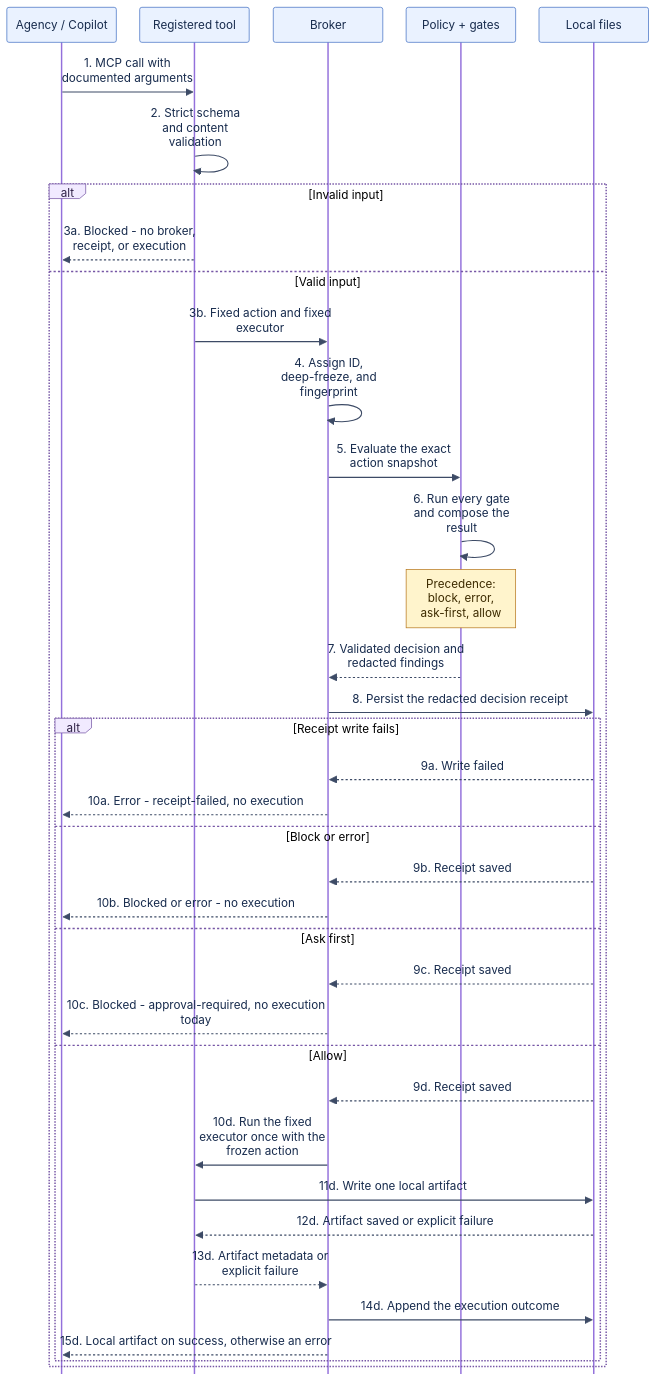
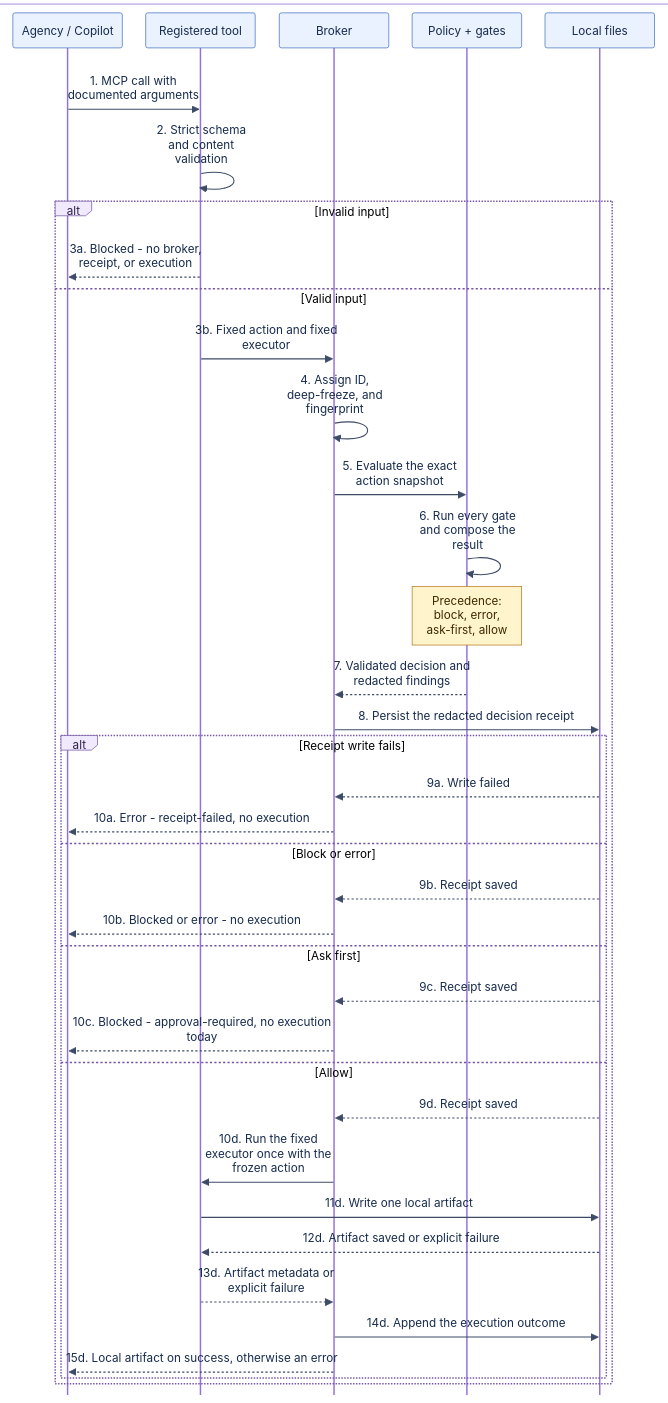
One commit to debchoudhury-id4s/agent-airlock changed the fifth of 5 diagrams in README.md. Above: the diagram before and after it, drawn with Mermaid. The commit also changed other lines of this file, not shown here.

Commit message:
white bckg for diagrams against black theme

````diff
--- a/README.md
+++ b/README.md
@@ -254,41 +270,45 @@
 ```mermaid
-%%{init: {"fontFamily": "Calibri Light, Calibri, Arial, sans-serif", "themeVariables": {"background": "#ffffff", "fontSize": "11pt", "actorBkg": "#eaf2ff", "actorBorder": "#4472c4", "actorTextColor": "#172b4d", "signalColor": "#3d4b66", "signalTextColor": "#172b4d", "labelBoxBkgColor": "#f1eaff", "labelBoxBorderColor": "#7656a5", "labelTextColor": "#2f2147", "noteBkgColor": "#fff4cc", "noteBorderColor": "#b7791f", "noteTextColor": "#3d2b00"}, "sequence": {"useMaxWidth": true, "diagramMarginX": 8, "actorMargin": 32, "width": 150, "height": 48, "boxMargin": 8, "boxTextMargin": 8, "noteMargin": 10, "messageMargin": 28, "mirrorActors": false, "wrap": true, "wrapPadding": 8}}}%%
+%%{init: {"fontFamily": "Calibri Light, Calibri, Arial, sans-serif", "themeVariables": {"background": "#ffffff", "fontSize": "11pt", "actorBkg": "#eaf2ff", "actorBorder": "#4472c4", "actorTextColor": "#172b4d", "signalColor": "#3d4b66", "signalTextColor": "#172b4d", "labelBoxBkgColor": "#f1eaff", "labelBoxBorderColor": "#7656a5", "labelTextColor": "#2f2147", "noteBkgColor": "#fff4cc", "noteBorderColor": "#b7791f", "noteTextColor": "#3d2b00"}, "sequence": {"useMaxWidth": true, "diagramMarginX": 0, "diagramMarginY": 0, "actorMargin": 32, "width": 150, "height": 48, "boxMargin": 8, "boxTextMargin": 8, "noteMargin": 10, "messageMargin": 28, "mirrorActors": false, "wrap": true, "wrapPadding": 8}}}%%
 sequenceDiagram
+    box rgb(255, 255, 255)
     participant Caller as Agency / Copilot
     participant Tool as Registered tool
     participant Broker
     participant Rules as Policy + gates
     participant Files as Local files
+    end
 
+    rect rgb(255, 255, 255)
     Caller->>Tool: 1. MCP call with documented arguments
     Tool->>Tool: 2. Strict schema and content validation
     alt Invalid input
         Tool-->>Caller: 3a. Blocked - no broker, receipt, or execution
     else Valid input
         Tool->>Broker: 3b. Fixed action and fixed executor
         Broker->>Broker: 4. Assign ID, deep-freeze, and fingerprint
         Broker->>Rules: 5. Evaluate the exact action snapshot
         Rules->>Rules: 6. Run every gate and compose the result
         Note over Rules: Precedence: block, error, ask-first, allow
         Rules-->>Broker: 7. Validated decision and redacted findings
         Broker->>Files: 8. Persist the redacted decision receipt
         alt Receipt write fails
             Files-->>Broker: 9a. Write failed
             Broker-->>Caller: 10a. Error - receipt-failed, no execution
         else Block or error
             Files-->>Broker: 9b. Receipt saved
             Broker-->>Caller: 10b. Blocked or error - no execution
         else Ask first
             Files-->>Broker: 9c. Receipt saved
             Broker-->>Caller: 10c. Blocked - approval-required, no execution today
         else Allow
             Files-->>Broker: 9d. Receipt saved
             Broker->>Tool: 10d. Run the fixed executor once with the frozen action
             Tool->>Files: 11d. Write one local artifact
             Files-->>Tool: 12d. Artifact saved or explicit failure
             Tool-->>Broker: 13d. Artifact metadata or explicit failure
             Broker->>Files: 14d. Append the execution outcome
             Broker-->>Caller: 15d. Local artifact on success, otherwise an error
         end
     end
+    end
 ```
````
